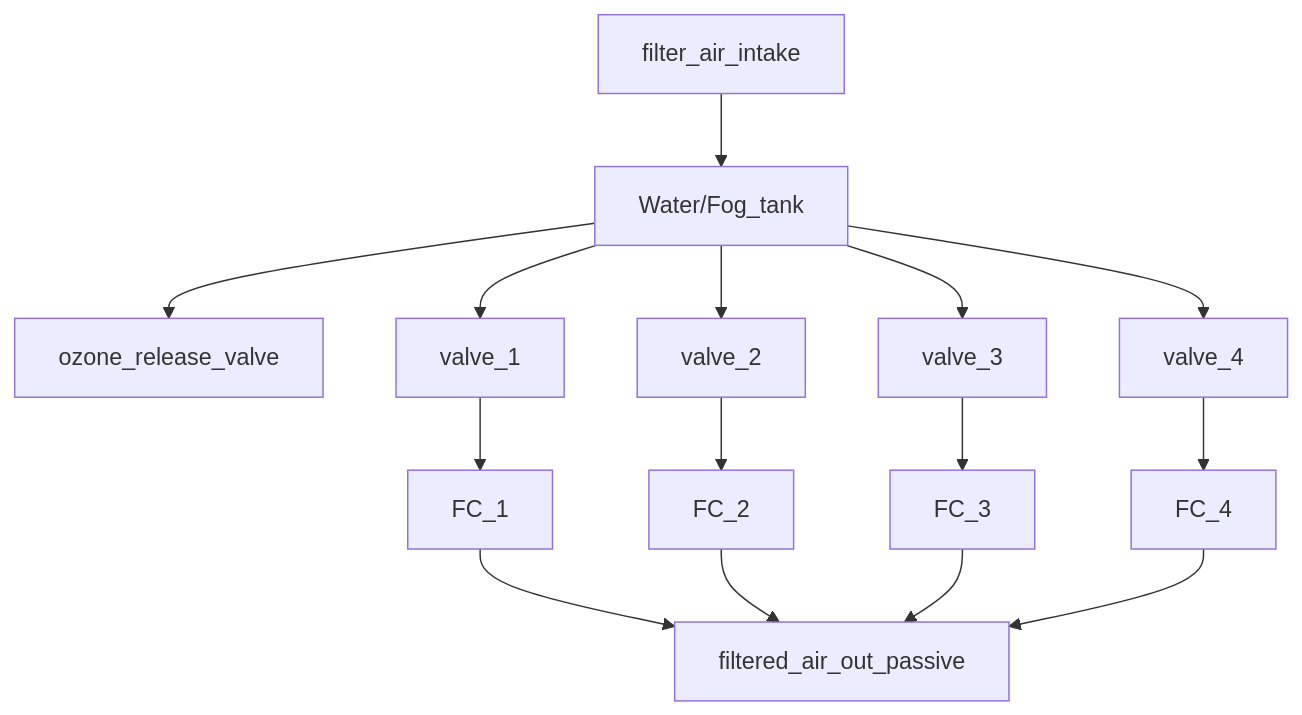
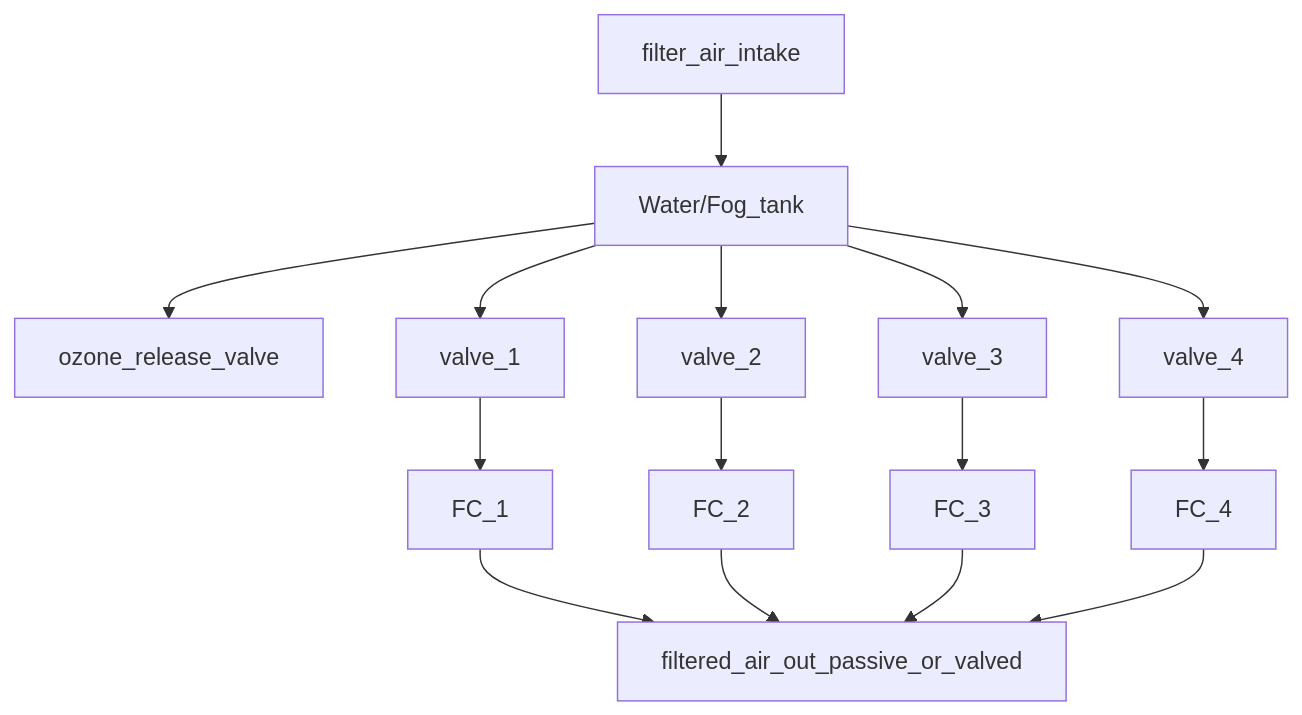
The third of 3 diagrams in README.md (StevenAndrewsII/Fung_OS), drawn with Mermaid before and after one commit.

````diff
--- a/README.md
+++ b/README.md
@@ -135,19 +135,19 @@
 ```mermaid
 graph TD;
    filter_air_intake--> Water/Fog_tank;
    Water/Fog_tank-->ozone_release_valve;
    Water/Fog_tank-->valve_1 -->FC_1;
    Water/Fog_tank-->valve_2-->FC_2;
    Water/Fog_tank-->valve_3-->FC_3;
    Water/Fog_tank-->valve_4-->FC_4;
 
 
-   FC_1 --> filtered_air_out_passive;
-   FC_2 --> filtered_air_out_passive;
-   FC_3 --> filtered_air_out_passive;
-   FC_4 --> filtered_air_out_passive;
+   FC_1 --> filtered_air_out_passive_or_valved;
+   FC_2 --> filtered_air_out_passive_or_valved;
+   FC_3 --> filtered_air_out_passive_or_valved;
+   FC_4 --> filtered_air_out_passive_or_valved;
 
    
 
   
 ```
````
